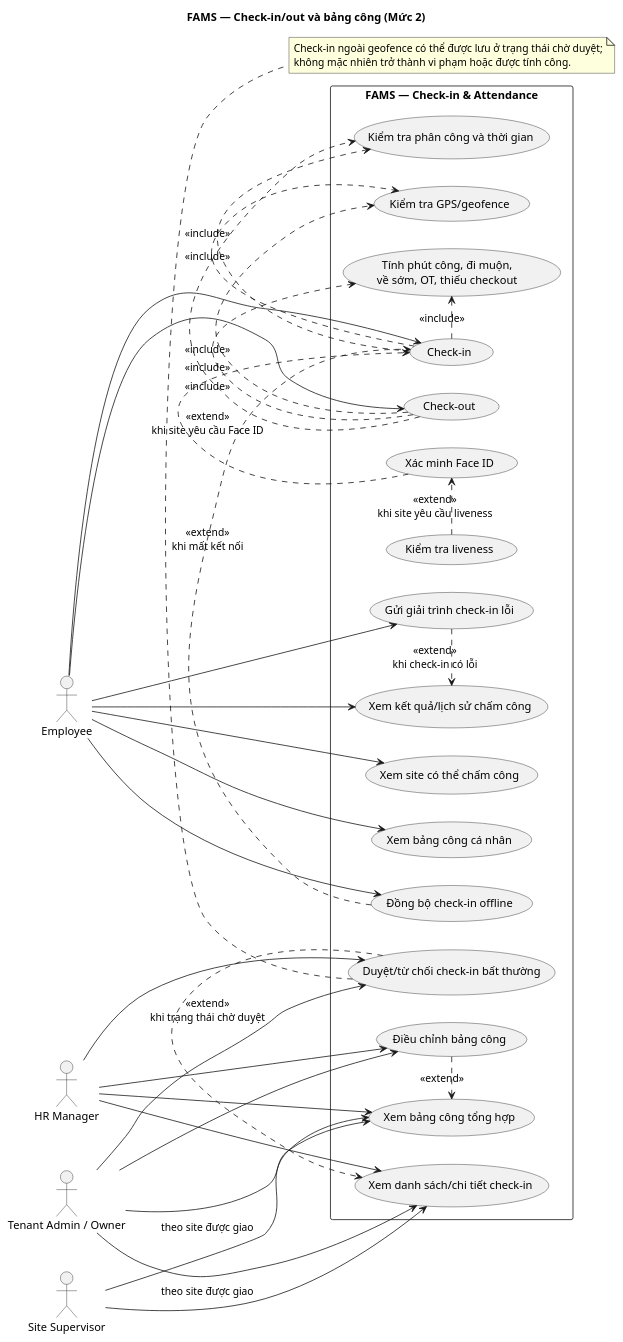
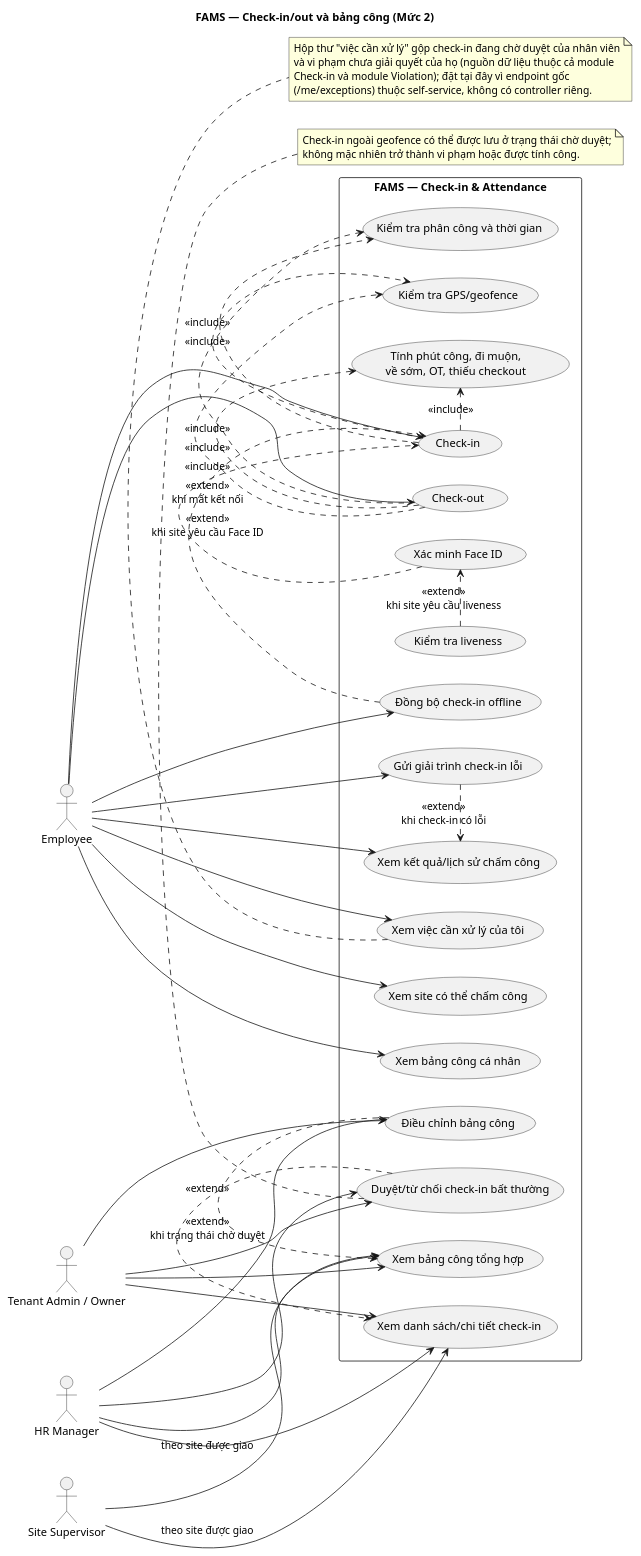
The diagram in docs/architecture/use-cases/06-checkin-attendance.puml (ZuyAnhIT/fams-backend-project), drawn with PlantUML before and after one commit. The commit also changed 27 other files, not shown here.

```diff
--- a/docs/architecture/use-cases/06-checkin-attendance.puml
+++ b/docs/architecture/use-cases/06-checkin-attendance.puml
@@ -1,67 +1,76 @@
 @startuml FAMS_Checkin_Attendance
 title FAMS — Check-in/out và bảng công (Mức 2)
 left to right direction
 skinparam packageStyle rectangle
 skinparam shadowing false
 
 actor "Employee" as EE
 actor "Tenant Admin / Owner" as TA
 actor "HR Manager" as HR
 actor "Site Supervisor" as SS
 
 rectangle "FAMS — Check-in & Attendance" {
   usecase "Xem site có thể chấm công" as Sites
   usecase "Check-in" as Checkin
   usecase "Check-out" as Checkout
   usecase "Đồng bộ check-in offline" as Offline
   usecase "Kiểm tra phân công và thời gian" as ValidateAssignment
   usecase "Kiểm tra GPS/geofence" as ValidateGPS
   usecase "Xác minh Face ID" as VerifyFace
   usecase "Kiểm tra liveness" as VerifyLiveness
   usecase "Xem kết quả/lịch sử chấm công" as History
   usecase "Gửi giải trình check-in lỗi" as Explain
   usecase "Xem danh sách/chi tiết check-in" as ManageCheckin
   usecase "Duyệt/từ chối check-in bất thường" as ReviewCheckin
   usecase "Xem bảng công cá nhân" as MyTimesheet
   usecase "Xem bảng công tổng hợp" as Attendance
   usecase "Điều chỉnh bảng công" as Adjust
   usecase "Tính phút công, đi muộn,\nvề sớm, OT, thiếu checkout" as Calculate
+  usecase "Xem việc cần xử lý của tôi" as MyExceptions
 }
 
 EE --> Sites
 EE --> Checkin
 EE --> Checkout
 EE --> Offline
 EE --> History
 EE --> Explain
 EE --> MyTimesheet
+EE --> MyExceptions
 
 TA --> ManageCheckin
 TA --> ReviewCheckin
 TA --> Attendance
 TA --> Adjust
 HR --> ManageCheckin
 HR --> ReviewCheckin
 HR --> Attendance
 HR --> Adjust
 SS --> ManageCheckin : theo site được giao
 SS --> Attendance : theo site được giao
 
 Checkin .> ValidateAssignment : <<include>>
 Checkin .> ValidateGPS : <<include>>
 Checkout .> ValidateAssignment : <<include>>
 Checkout .> ValidateGPS : <<include>>
 VerifyFace .> Checkin : <<extend>>\nkhi site yêu cầu Face ID
 VerifyLiveness .> VerifyFace : <<extend>>\nkhi site yêu cầu liveness
 Offline .> Checkin : <<extend>>\nkhi mất kết nối
 ReviewCheckin .> ManageCheckin : <<extend>>\nkhi trạng thái chờ duyệt
 Explain .> History : <<extend>>\nkhi check-in có lỗi
 Checkin .> Calculate : <<include>>
 Checkout .> Calculate : <<include>>
 Adjust .> Attendance : <<extend>>
 
 note bottom of ReviewCheckin
   Check-in ngoài geofence có thể được lưu ở trạng thái chờ duyệt;
   không mặc nhiên trở thành vi phạm hoặc được tính công.
 end note
+
+note bottom of MyExceptions
+  Hộp thư "việc cần xử lý" gộp check-in đang chờ duyệt của nhân viên
+  và vi phạm chưa giải quyết của họ (nguồn dữ liệu thuộc cả module
+  Check-in và module Violation); đặt tại đây vì endpoint gốc
+  (/me/exceptions) thuộc self-service, không có controller riêng.
+end note
 @enduml
```
